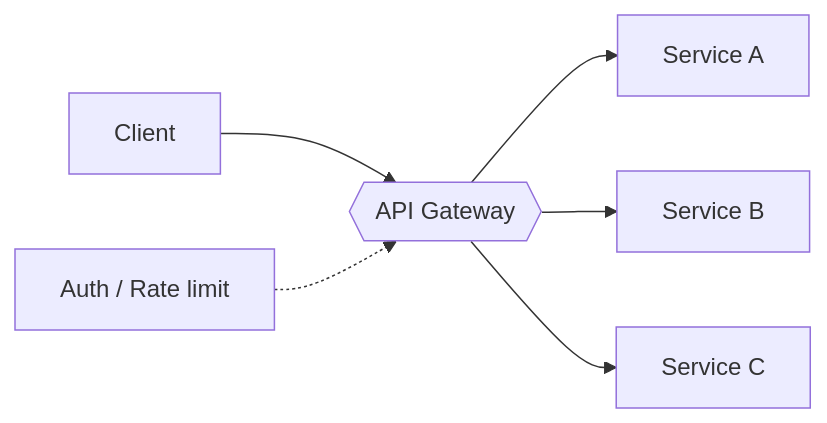
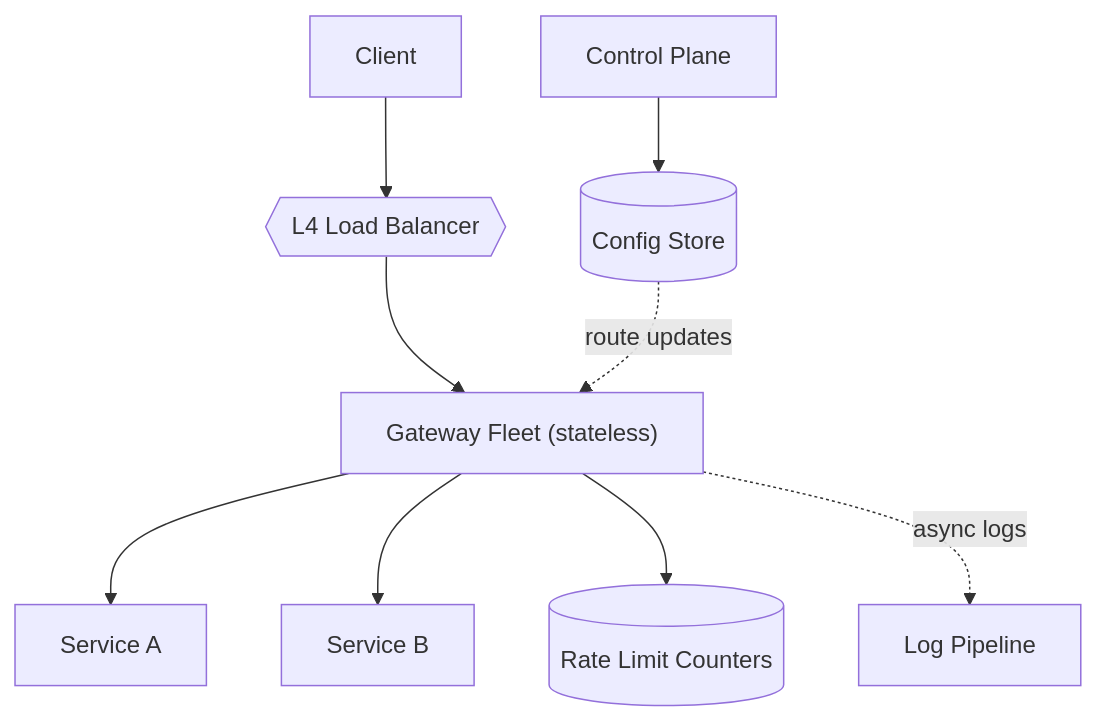
Before and after one commit to design-gurus/grokking-system-design: the first of 2 diagrams in questions/design-api-gateway.md, drawn with Mermaid. The commit also changed other lines of this file and 19 other files, not shown here.

````diff
--- a/questions/design-api-gateway.md
+++ b/questions/design-api-gateway.md
@@ -21,8 +87,11 @@
 ```mermaid
-flowchart LR
-    Client --> GW{{API Gateway}}
-    GW --> S1[Service A]
-    GW --> S2[Service B]
-    GW --> S3[Service C]
-    Auth[Auth / Rate limit] -.-> GW
+flowchart TD
+    Client[Client] --> LB{{"L4 Load Balancer"}}
+    LB --> GW["Gateway Fleet (stateless)"]
+    GW --> SA[Service A]
+    GW --> SB[Service B]
+    GW --> RL[("Rate Limit Counters")]
+    CP[Control Plane] --> CFG[(Config Store)]
+    CFG -.->|route updates| GW
+    GW -.->|async logs| LOG[Log Pipeline]
 ```
````
